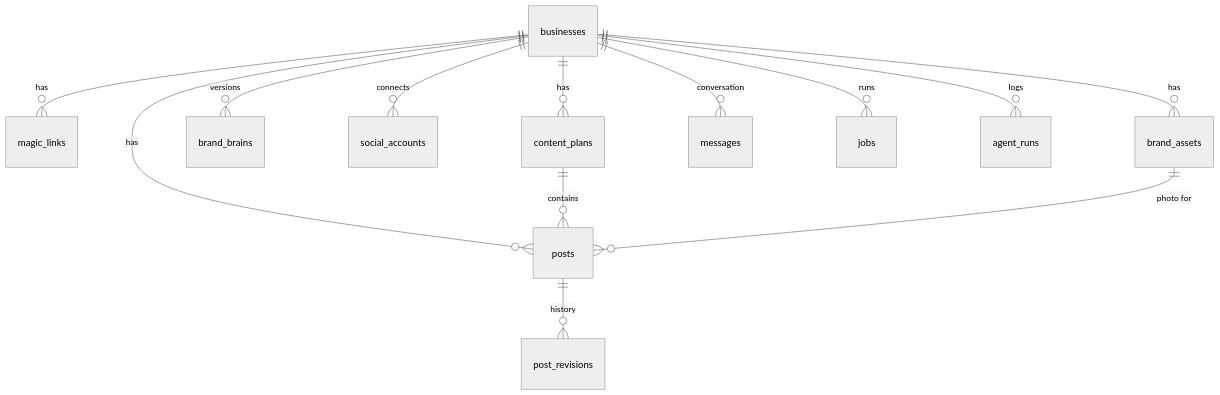
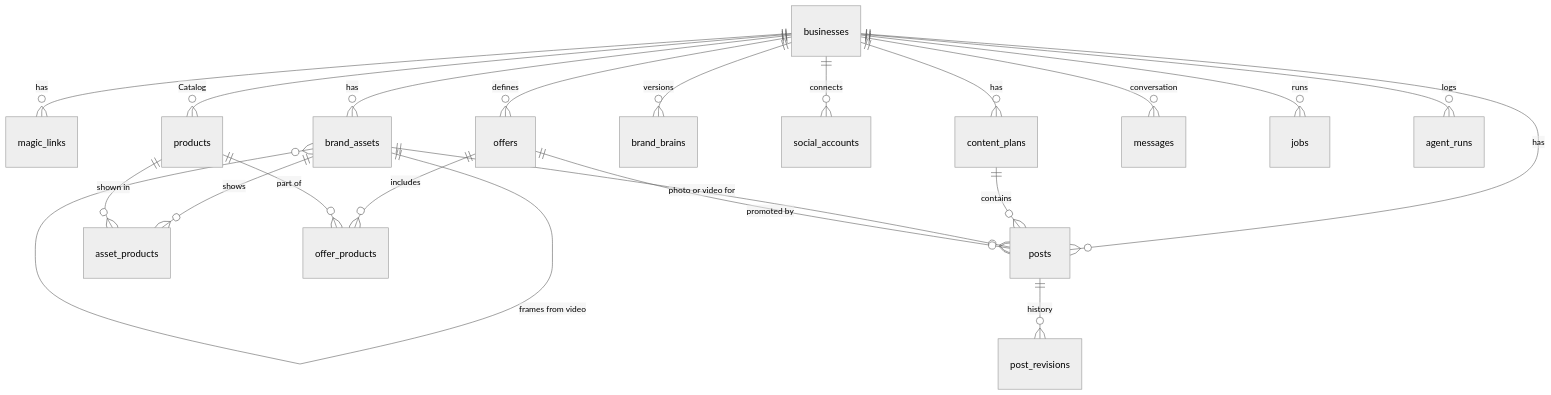
The diagram in docs/architecture/data-model.md (Dimple6114/build101), drawn with Mermaid (neutral theme) before and after one commit. The commit also changed other lines of this file and 20 other files, not shown here.

````diff
--- a/docs/architecture/data-model.md
+++ b/docs/architecture/data-model.md
@@ -9,15 +9,23 @@
 ```mermaid
 erDiagram
     businesses ||--o{ magic_links : has
+    businesses ||--o{ products : "Catalog"
     businesses ||--o{ brand_assets : has
+    businesses ||--o{ offers : defines
     businesses ||--o{ brand_brains : "versions"
     businesses ||--o{ social_accounts : connects
     businesses ||--o{ content_plans : has
     businesses ||--o{ posts : has
     businesses ||--o{ messages : "conversation"
     businesses ||--o{ jobs : runs
     businesses ||--o{ agent_runs : logs
     content_plans ||--o{ posts : contains
     posts ||--o{ post_revisions : history
-    brand_assets ||--o{ posts : "photo for"
+    brand_assets ||--o{ posts : "photo or video for"
+    brand_assets ||--o{ brand_assets : "frames from video"
+    brand_assets ||--o{ asset_products : shows
+    products ||--o{ asset_products : "shown in"
+    offers ||--o{ offer_products : includes
+    products ||--o{ offer_products : "part of"
+    offers ||--o{ posts : "promoted by"
 ```
````
